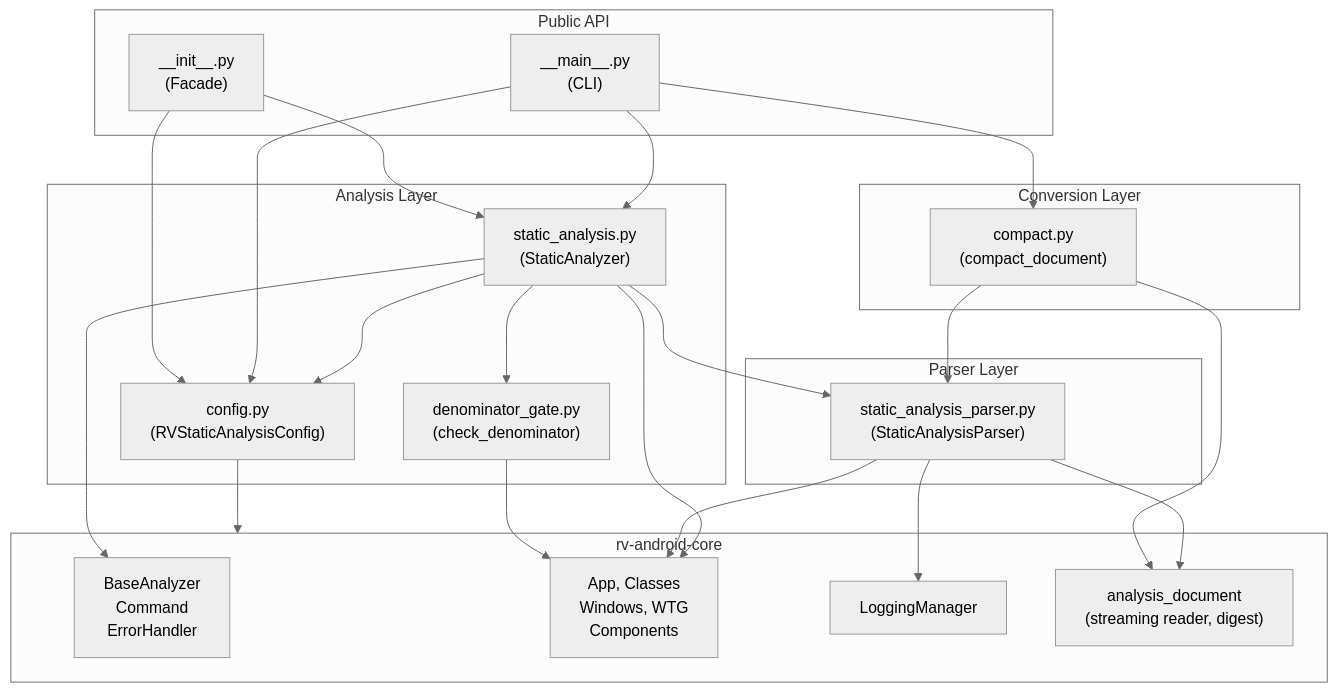
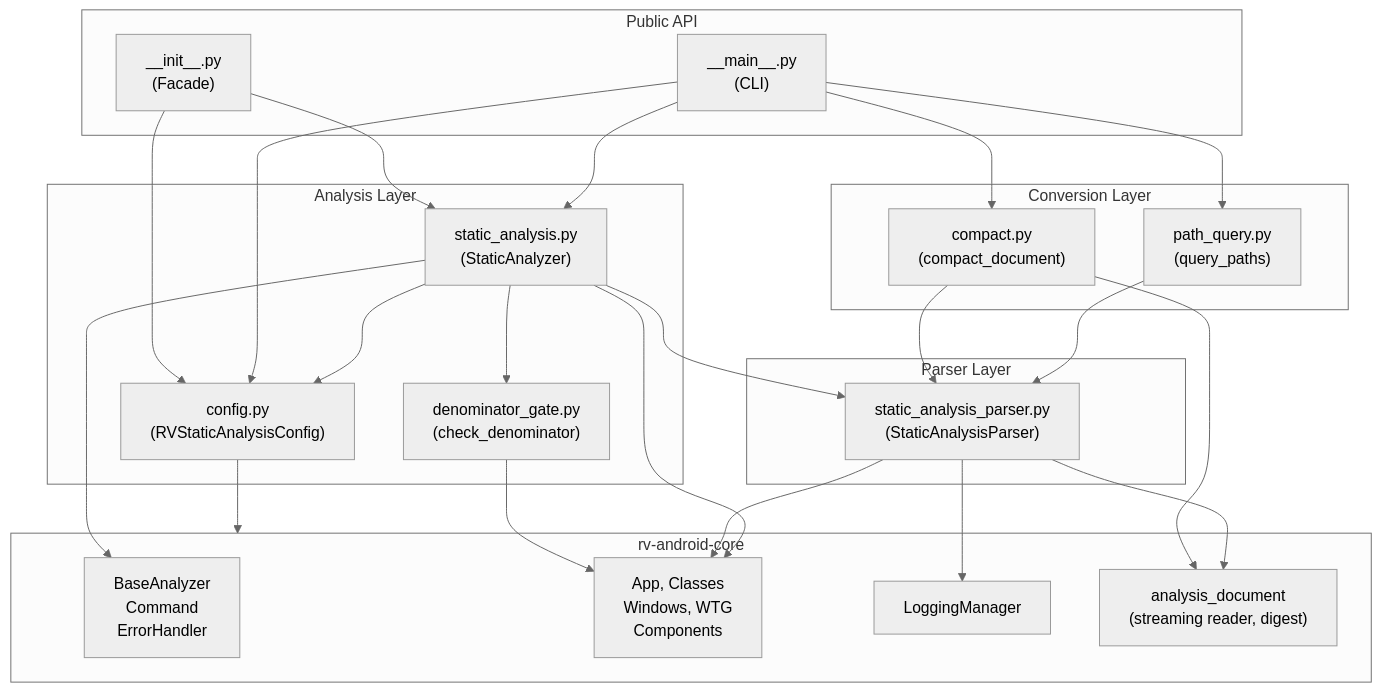
The third of 6 diagrams in rv-android/modules/rv-static-analysis/docs/architecture.md (PAMunb/rvsec), drawn with Mermaid before and after one commit. The commit also changed other lines of this file and 80 other files, not shown here.

````diff
--- a/rv-android/modules/rv-static-analysis/docs/architecture.md
+++ b/rv-android/modules/rv-static-analysis/docs/architecture.md
@@ -436,43 +457,46 @@
 ```mermaid
 %%{init: {'theme': 'neutral'}}%%
 flowchart TB
     subgraph Public["Public API"]
         INIT["__init__.py\n(Facade)"]
         MAIN["__main__.py\n(CLI)"]
     end
     subgraph Analysis["Analysis Layer"]
         ANALYZER["static_analysis.py\n(StaticAnalyzer)"]
         CONFIG["config.py\n(RVStaticAnalysisConfig)"]
         GATE["denominator_gate.py\n(check_denominator)"]
     end
     subgraph Conversion["Conversion Layer"]
         COMPACTMOD["compact.py\n(compact_document)"]
+        PATHMOD["path_query.py\n(query_paths)"]
     end
     subgraph Parser["Parser Layer"]
         PARSER["static_analysis_parser.py\n(StaticAnalysisParser)"]
     end
     subgraph CoreDep["rv-android-core"]
         BASE["BaseAnalyzer\nCommand\nErrorHandler"]
         DOMAIN["App, Classes\nWindows, WTG\nComponents"]
         UTIL["LoggingManager"]
         DOCREAD["analysis_document\n(streaming reader, digest)"]
     end
 
     INIT --> ANALYZER
     MAIN --> COMPACTMOD
     COMPACTMOD --> DOCREAD
     COMPACTMOD --> PARSER
+    MAIN --> PATHMOD
+    PATHMOD --> PARSER
     INIT --> CONFIG
     MAIN --> ANALYZER
     MAIN --> CONFIG
     ANALYZER --> CONFIG
     ANALYZER --> PARSER
     ANALYZER --> GATE
     GATE --> DOMAIN
     PARSER --> DOMAIN
     PARSER --> UTIL
     PARSER --> DOCREAD
     ANALYZER --> BASE
     ANALYZER --> DOMAIN
     CONFIG --> CoreDep
 ```
````
